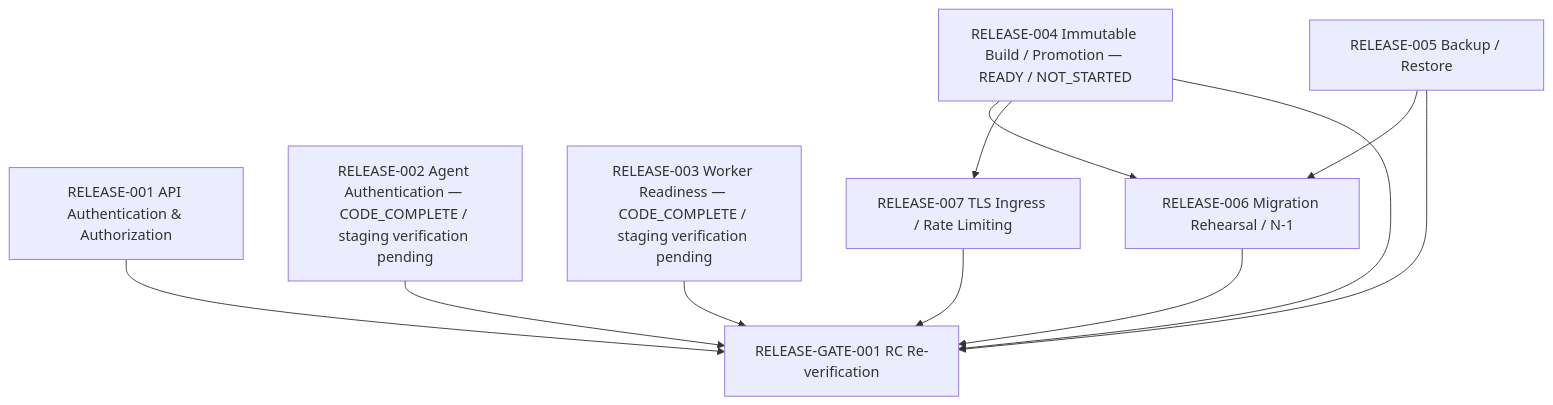
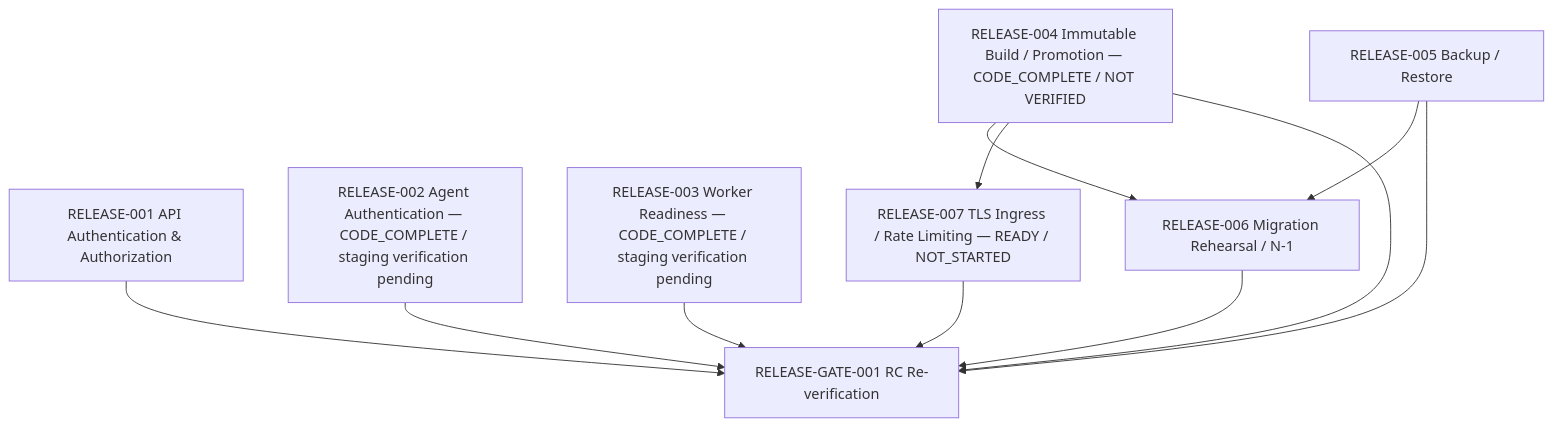
The diagram in docs/release/RELEASE_DEPENDENCY_GRAPH.md (duclee9x/itcenter), drawn with Mermaid before and after one commit. The commit also changed other lines of this file and 41 other files, not shown here.

Commit message:
Implement RELEASE-004 immutable Compose pipeline

````diff
--- a/docs/release/RELEASE_DEPENDENCY_GRAPH.md
+++ b/docs/release/RELEASE_DEPENDENCY_GRAPH.md
@@ -6,23 +6,23 @@
 ```mermaid
 flowchart TD
   R001[RELEASE-001 API Authentication & Authorization]
   R002[RELEASE-002 Agent Authentication — CODE_COMPLETE / staging verification pending]
   R003[RELEASE-003 Worker Readiness — CODE_COMPLETE / staging verification pending]
-  R004[RELEASE-004 Immutable Build / Promotion — READY / NOT_STARTED]
+  R004[RELEASE-004 Immutable Build / Promotion — CODE_COMPLETE / NOT VERIFIED]
   R005[RELEASE-005 Backup / Restore]
   R006[RELEASE-006 Migration Rehearsal / N-1]
-  R007[RELEASE-007 TLS Ingress / Rate Limiting]
+  R007[RELEASE-007 TLS Ingress / Rate Limiting — READY / NOT_STARTED]
   G001[RELEASE-GATE-001 RC Re-verification]
 
   R004 --> R006
   R005 --> R006
   R004 --> R007
 
   R001 --> G001
   R002 --> G001
   R003 --> G001
   R004 --> G001
   R005 --> G001
   R006 --> G001
   R007 --> G001
 ```
````
